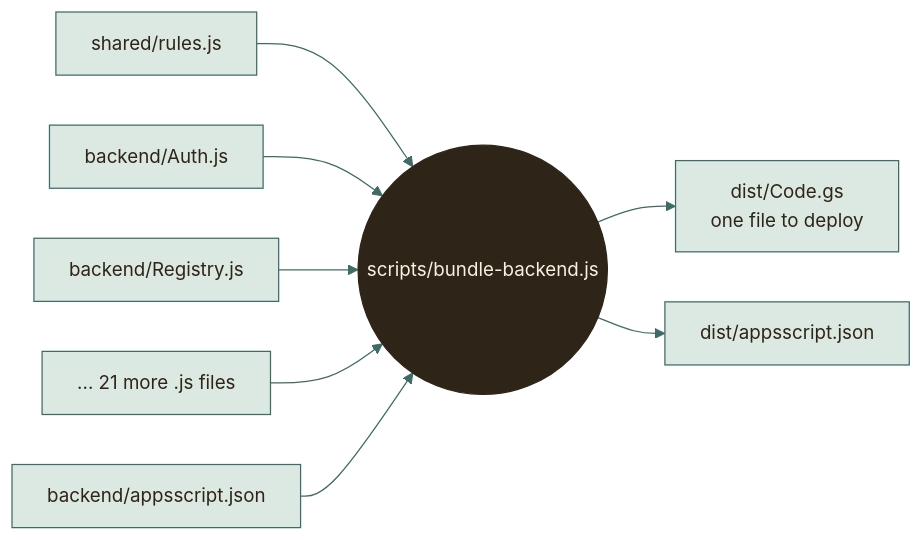
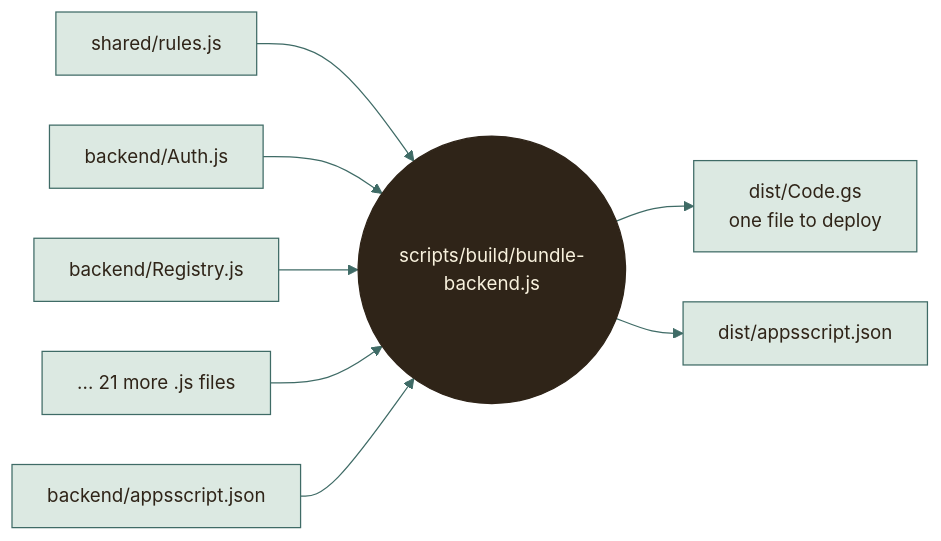
The fourth of 9 diagrams in docs/architecture/WORKAROUNDS.md (moyeh04/forms-platform), drawn with Mermaid before and after one commit. The commit also changed other lines of this file and 15 other files, not shown here.

First line of the commit message:
refactor(scripts): Sort the scripts into build, dev and deploy

````diff
--- a/docs/architecture/WORKAROUNDS.md
+++ b/docs/architecture/WORKAROUNDS.md
@@ -235,40 +235,40 @@
 ```mermaid
 %%{init: {
   'theme': 'base',
   'themeVariables': {
     'fontFamily': 'ui-sans-serif, system-ui, -apple-system, Segoe UI, Roboto, sans-serif',
     'fontSize': '15px',
     'primaryColor': '#DCE9E2', 'primaryBorderColor': '#3F6B66', 'primaryTextColor': '#2F2418',
     'secondaryColor': '#F0E4C8', 'secondaryBorderColor': '#C9A24A', 'secondaryTextColor': '#2F2418',
     'tertiaryColor': '#F6EFDC', 'tertiaryBorderColor': '#CDBB94', 'tertiaryTextColor': '#2F2418',
     'lineColor': '#3F6B66', 'textColor': '#2F2418', 'mainBkg': '#DCE9E2', 'nodeBorder': '#3F6B66',
     'clusterBkg': '#F6EFDC', 'clusterBorder': '#CDBB94', 'titleColor': '#2F2418',
     'edgeLabelBackground': '#F8F1DD',
     'actorBkg': '#DCE9E2', 'actorBorder': '#3F6B66', 'actorTextColor': '#2F2418', 'actorLineColor': '#8FB3AB',
     'signalColor': '#477A73', 'signalTextColor': '#477A73',
     'labelBoxBkgColor': '#F0E4C8', 'labelBoxBorderColor': '#C9A24A', 'labelTextColor': '#2F2418', 'loopTextColor': '#6A5A44',
     'noteBkgColor': '#FBEFC9', 'noteBorderColor': '#C9A24A', 'noteTextColor': '#2F2418',
     'activationBkgColor': '#DCE9E2', 'activationBorderColor': '#3F6B66', 'sequenceNumberColor': '#F8F1DD',
     'transitionColor': '#3F6B66', 'stateLabelColor': '#2F2418', 'stateBkg': '#DCE9E2', 'altBackground': '#F6EFDC',
     'attributeBackgroundColorOdd': '#F8F1DD', 'attributeBackgroundColorEven': '#F0E4C8'
   },
   'flowchart': {'curve': 'basis', 'padding': 14, 'nodeSpacing': 40, 'rankSpacing': 46},
   'sequence': {'mirrorActors': false, 'messageMargin': 34, 'boxMargin': 8}
 }}%%
 flowchart LR
     r["shared/rules.js"] --> bundle
     b1["backend/Auth.js"] --> bundle
     b2["backend/Registry.js"] --> bundle
     b3["... 21 more .js files"] --> bundle
-    bundle(("scripts/bundle-backend.js"))
+    bundle(("scripts/build/bundle-backend.js"))
     bundle --> out["dist/Code.gs<br/>one file to deploy"]
     manifest["backend/appsscript.json"] --> bundle
     bundle --> out2["dist/appsscript.json"]
     classDef cDb fill:#F3E2B3,stroke:#B8892D,stroke-width:1.5px,color:#2F2418
     classDef cActor fill:#F4D9D3,stroke:#9A3328,stroke-width:1.5px,color:#2F2418
     classDef cDec fill:#FBEFC9,stroke:#C9A24A,stroke-width:1.5px,color:#2F2418
     classDef cEnd fill:#2F2418,stroke:#2F2418,color:#F8F1DD
     classDef cErr fill:#F6D5CF,stroke:#A12B1F,stroke-width:1.5px,color:#5A140C
     classDef cOk fill:#BFD9CF,stroke:#2E5A55,stroke-width:1.5px,color:#17302D
     class bundle cEnd
 ```
````
